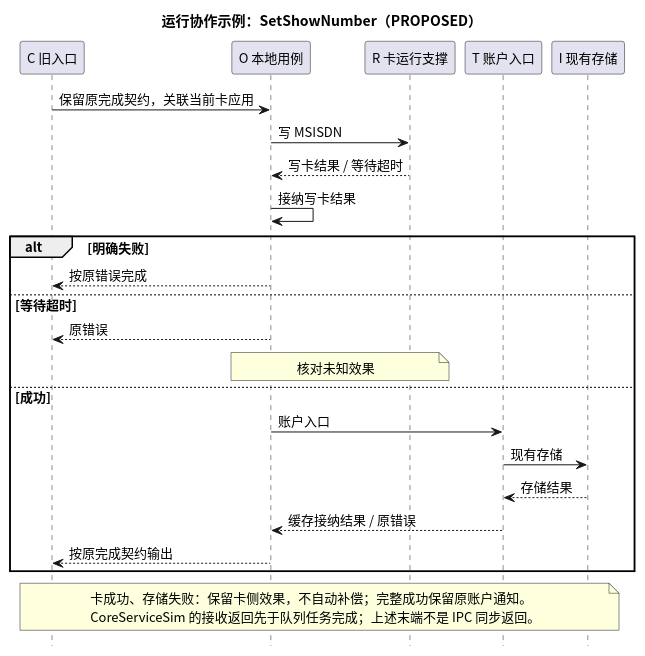
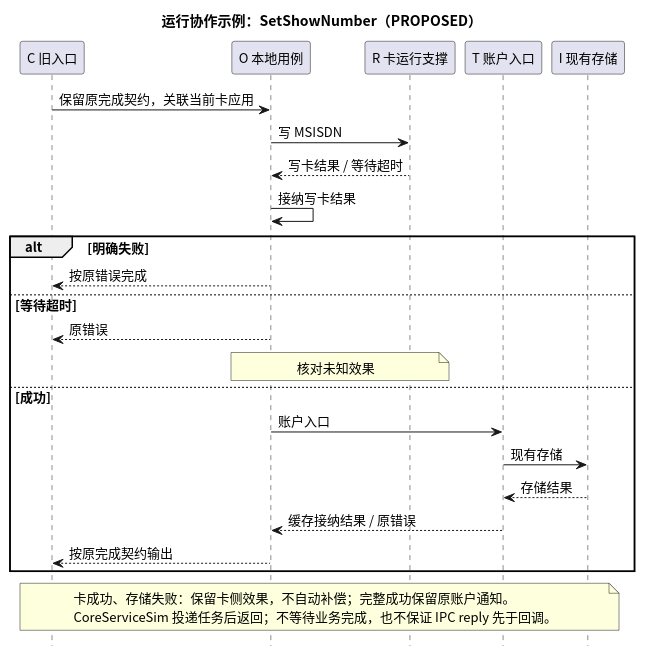
One commit to zjuluowu/multisim changed the fourth of 5 diagrams in telephony_core_service/docs/SIM_Target_Architecture_Design_v1.2.md. Above: the diagram before and after it, drawn with PlantUML. The commit also changed other lines of this file and 67 other files, not shown here.

Commit message:
test(sim): extend Linux guard infrastructure and update architecture drafts

````diff
--- a/telephony_core_service/docs/SIM_Target_Architecture_Design_v1.2.md
+++ b/telephony_core_service/docs/SIM_Target_Architecture_Design_v1.2.md
@@ -391,34 +403,34 @@
 ```plantuml
 @startuml SIM_SetShowNumber_Sequence
 skinparam shadowing false
 skinparam defaultFontName "Noto Sans CJK SC"
 skinparam defaultFontSize 13
 hide footbox
 title 运行协作示例：SetShowNumber（PROPOSED）
 participant "C 旧入口" as C
 participant "O 本地用例" as O
 participant "R 卡运行支撑" as R
 participant "T 账户入口" as T
 participant "I 现有存储" as I
 C -> O : 保留原完成契约，关联当前卡应用
 O -> R : 写 MSISDN
 R --> O : 写卡结果 / 等待超时
 O -> O : 接纳写卡结果
 alt 明确失败
   O --> C : 按原错误完成
 else 等待超时
   O --> C : 原错误
   note over O, R : 核对未知效果
 else 成功
   O -> T : 账户入口
   T -> I : 现有存储
   I --> T : 存储结果
   T --> O : 缓存接纳结果 / 原错误
   O --> C : 按原完成契约输出
 end
 note over C, I
   卡成功、存储失败：保留卡侧效果，不自动补偿；完整成功保留原账户通知。
-  CoreServiceSim 的接收返回先于队列任务完成；上述末端不是 IPC 同步返回。
+  CoreServiceSim 投递任务后返回；不等待业务完成，也不保证 IPC reply 先于回调。
 end note
 @enduml
 ```
````
